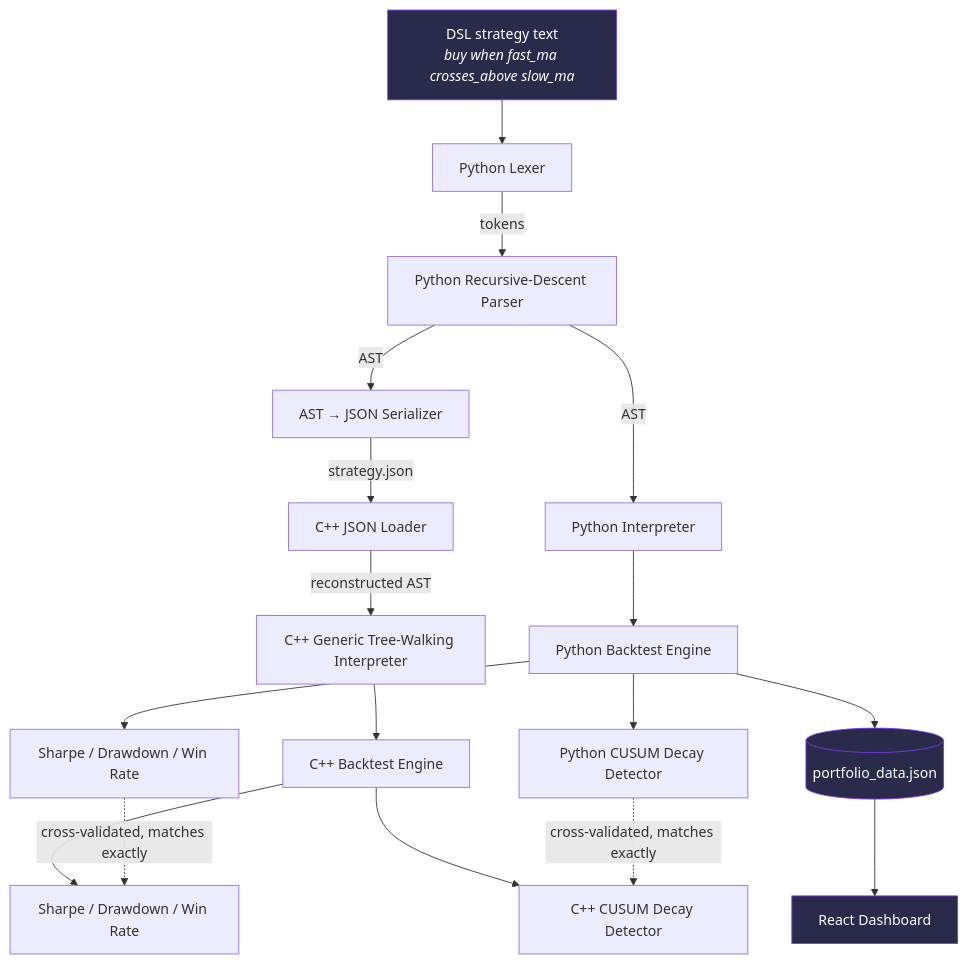
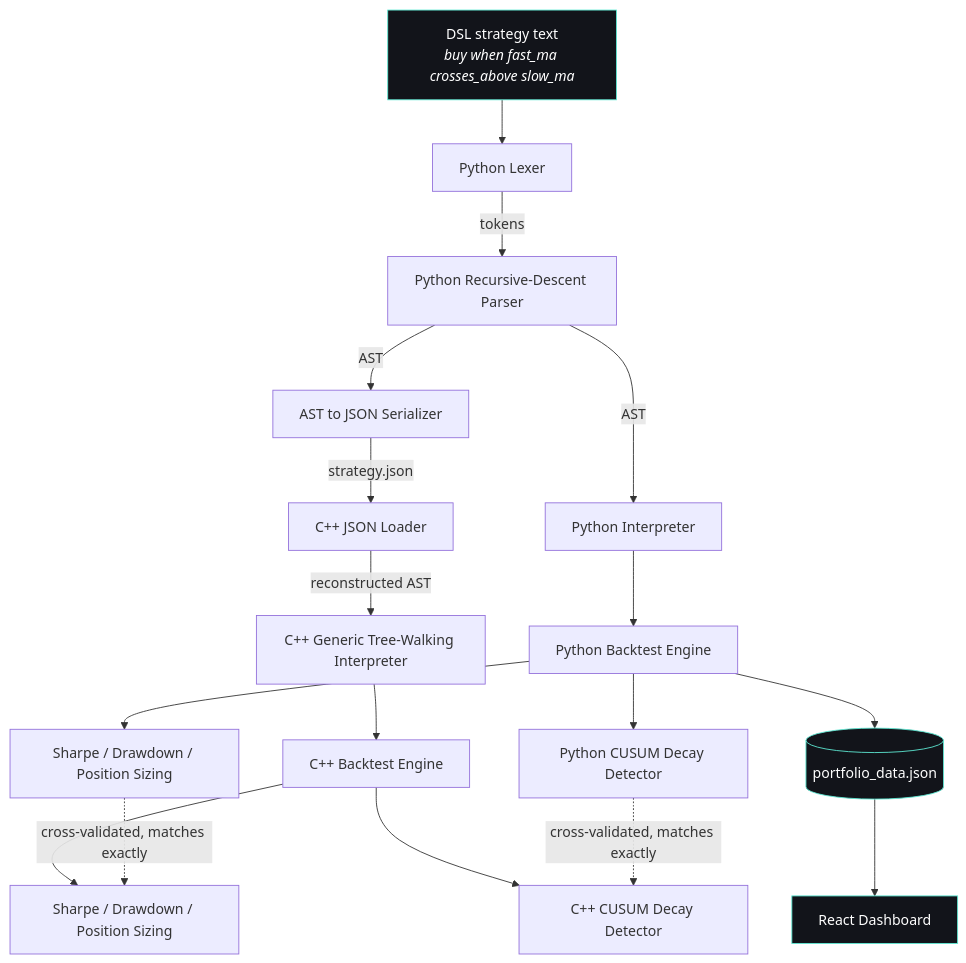
Before and after one commit to Arjunpaan/VIGIL: the first of 3 diagrams in README.md, drawn with Mermaid. The commit also changed other lines of this file, not shown here.

Commit message:
Update README: position sizing, RSI strategy, live-streaming architecture

````diff
--- a/README.md
+++ b/README.md
@@ -67,27 +76,27 @@
 ```mermaid
 flowchart TD
     A["DSL strategy text<br/><i>buy when fast_ma crosses_above slow_ma</i>"] --> B[Python Lexer]
     B -->|tokens| C[Python Recursive-Descent Parser]
     C -->|AST| D[Python Interpreter]
-    C -->|AST| E[AST → JSON Serializer]
+    C -->|AST| E[AST to JSON Serializer]
 
     D --> F[Python Backtest Engine]
-    F --> G[Sharpe / Drawdown / Win Rate]
+    F --> G[Sharpe / Drawdown / Position Sizing]
     F --> H[Python CUSUM Decay Detector]
 
     E -->|strategy.json| I[C++ JSON Loader]
     I -->|reconstructed AST| J[C++ Generic Tree-Walking Interpreter]
     J --> K[C++ Backtest Engine]
-    K --> L[Sharpe / Drawdown / Win Rate]
+    K --> L[Sharpe / Drawdown / Position Sizing]
     K --> M[C++ CUSUM Decay Detector]
 
     G -.->|cross-validated, matches exactly| L
     H -.->|cross-validated, matches exactly| M
 
     F --> N[(portfolio_data.json)]
     N --> O[React Dashboard]
 
-    style A fill:#2a2a4a,stroke:#7c3aed,color:#fff
-    style N fill:#2a2a4a,stroke:#7c3aed,color:#fff
-    style O fill:#2a2a4a,stroke:#7c3aed,color:#fff
+    style A fill:#12141a,stroke:#5eead4,color:#fff
+    style N fill:#12141a,stroke:#5eead4,color:#fff
+    style O fill:#12141a,stroke:#5eead4,color:#fff
 ```
````
